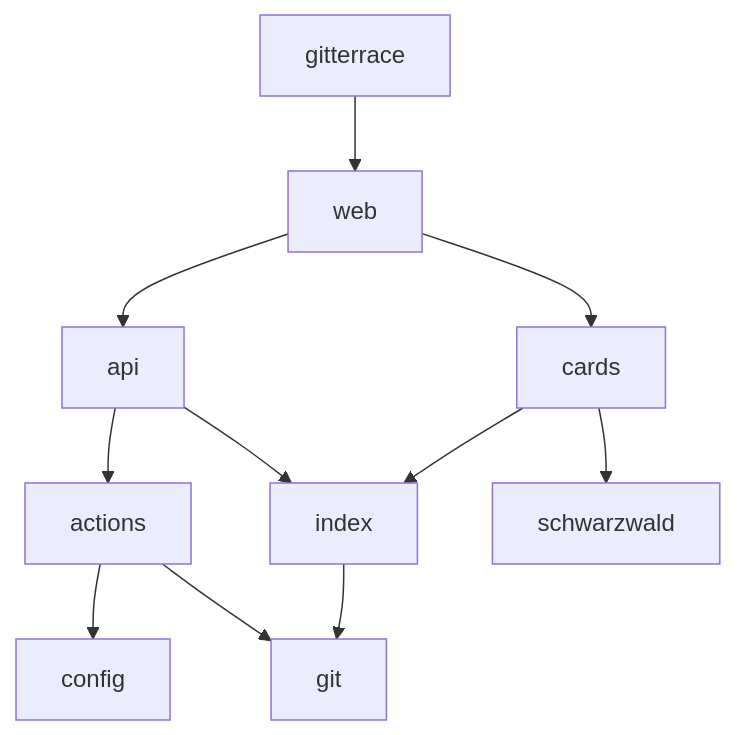
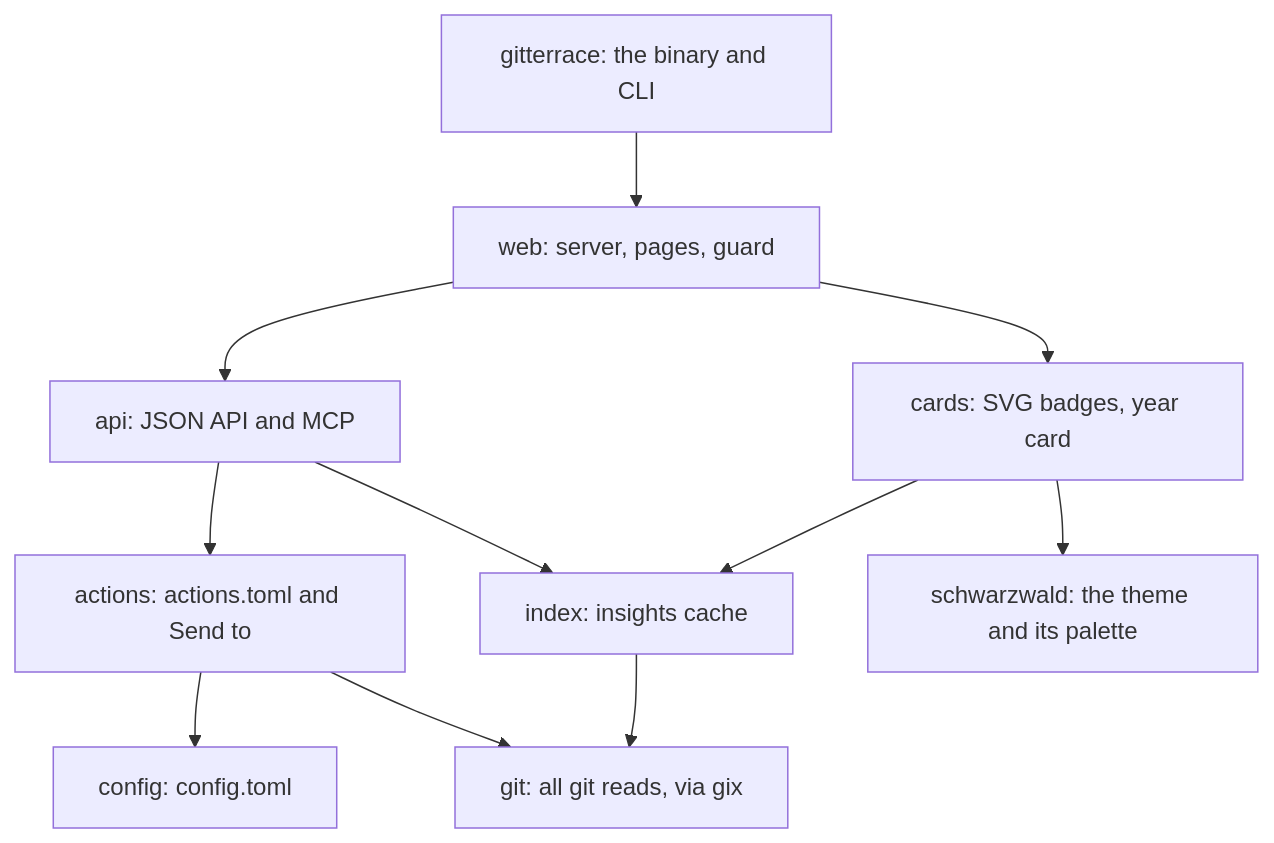
Before and after one commit to gitterrace/gitterrace: the diagram in docs/architecture.md, drawn with Mermaid. The commit also changed other lines of this file and 16 other files, not shown here.

First line of the commit message:
test(actions): share send URL vectors between the Rust and JS fill

````diff
--- a/docs/architecture.md
+++ b/docs/architecture.md
@@ -4,13 +4,22 @@
 ```mermaid
 flowchart TD
+  gitterrace["gitterrace: the binary and CLI"]
+  actions["actions: actions.toml and Send to"]
+  api["api: JSON API and MCP"]
+  cards["cards: SVG badges, year card"]
+  config["config: config.toml"]
+  git["git: all git reads, via gix"]
+  index["index: insights cache"]
+  web["web: server, pages, guard"]
+  schwarzwald["schwarzwald: the theme and its palette"]
   gitterrace --> web
   actions --> config
   actions --> git
   api --> actions
   api --> index
   cards --> index
   cards --> schwarzwald
   index --> git
   web --> api
   web --> cards
 ```
````
